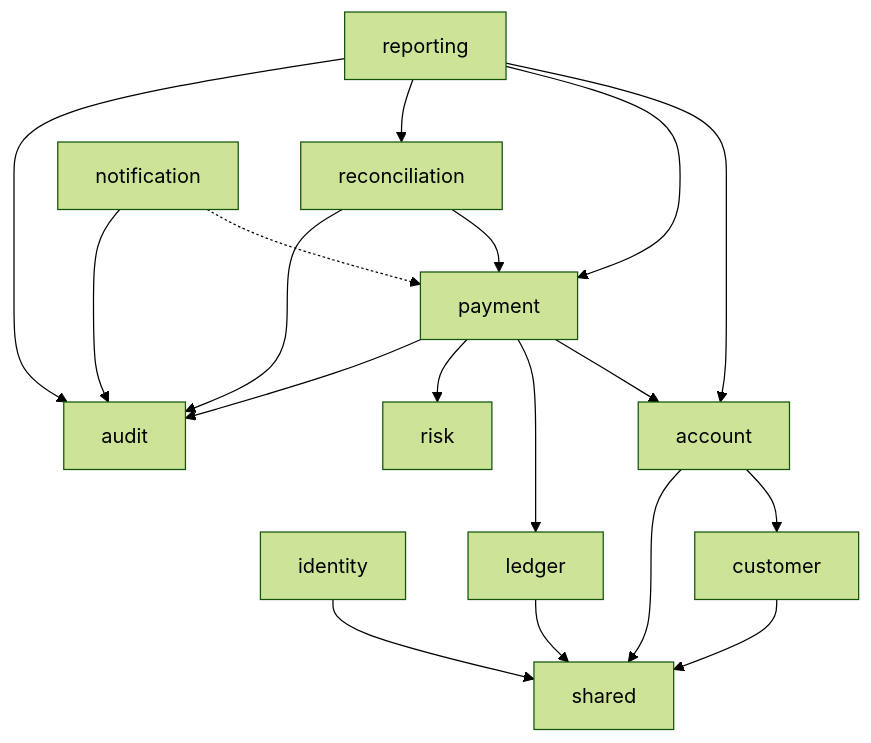
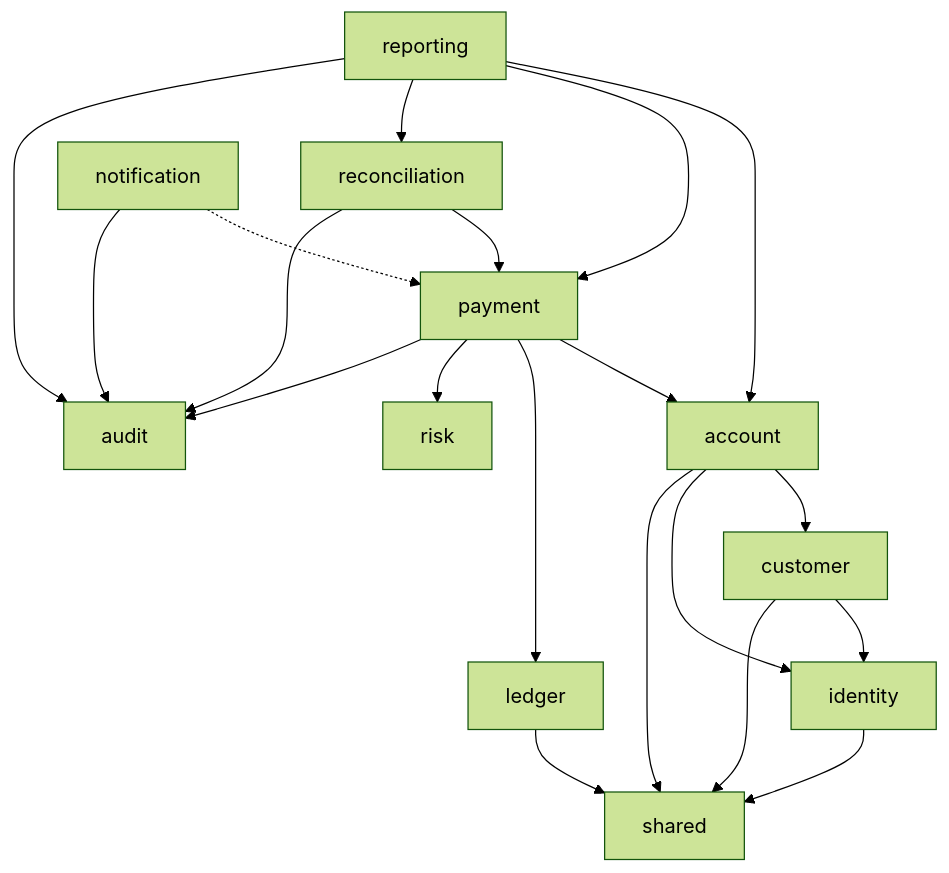
One commit to SamHarrison1999/event-driven-payments-platform changed the third of 5 diagrams in docs/architecture/overview.md. Above: the diagram before and after it, drawn with Mermaid (forest theme). The commit also changed other lines of this file and 4 other files, not shown here.

````diff
--- a/docs/architecture/overview.md
+++ b/docs/architecture/overview.md
@@ -105,32 +120,34 @@
 ```mermaid
 flowchart TB
     identity["identity"]
     customer["customer"]
     account["account"]
     payment["payment"]
     ledger["ledger"]
     risk["risk"]
     reconciliation["reconciliation"]
     notification["notification"]
     audit["audit"]
     reporting["reporting"]
     shared["shared"]
 
     identity --> shared
+    customer --> identity
     customer --> shared
     account --> customer
+    account --> identity
     account --> shared
     payment --> account
     payment --> ledger
     payment --> risk
     payment --> audit
     ledger --> shared
     reconciliation --> payment
     reconciliation --> audit
     notification -.-> payment
     notification --> audit
     reporting --> account
     reporting --> payment
     reporting --> reconciliation
     reporting --> audit
 ```
````
